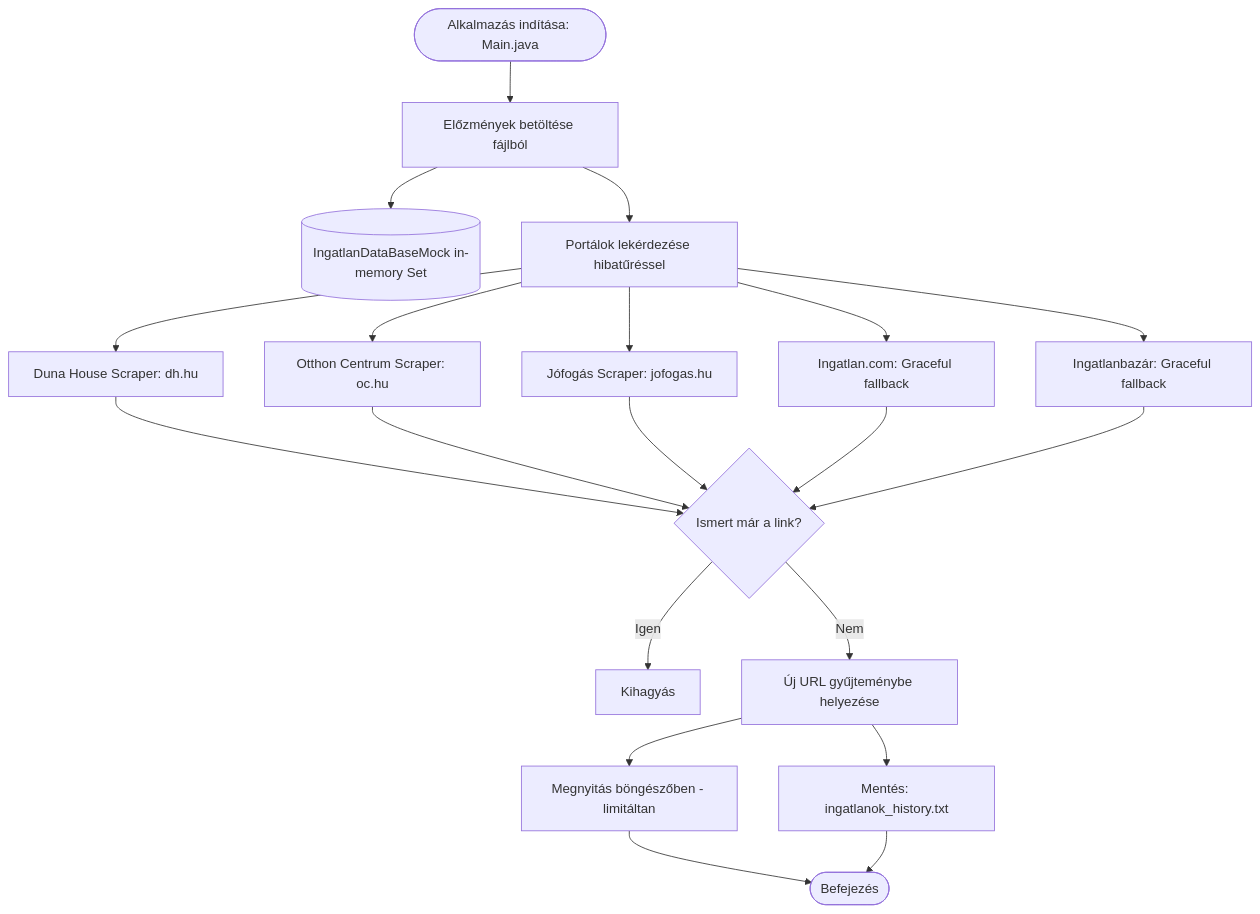
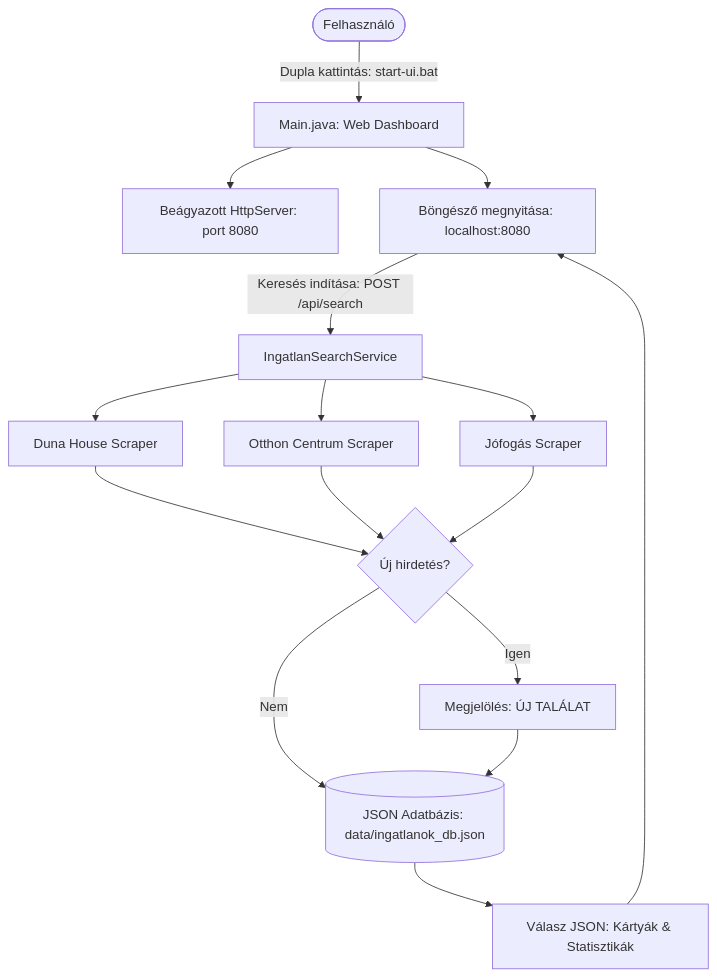
The diagram in README.md (Luxeonn/ingatlan-kereso), drawn with Mermaid before and after one commit. The commit also changed other lines of this file and 20 other files, not shown here.

Commit message:
feat: add modern web dashboard, REST API, JSON persistence, and 1-click startup

````diff
--- a/README.md
+++ b/README.md
@@ -55,20 +62,19 @@
 ```mermaid
 flowchart TD
-    Start([Alkalmazás indítása: Main.java]) --> InitDB[Előzmények betöltése fájlból]
-    InitDB --> MockDB[(IngatlanDataBaseMock in-memory Set)]
+    User([Felhasználó]) -->|Dupla kattintás: start-ui.bat| App[Main.java: Web Dashboard]
+    App --> Server[Beágyazott HttpServer: port 8080]
+    App --> Browser[Böngésző megnyitása: localhost:8080]
     
-    InitDB --> Scraping[Portálok lekérdezése hibatűréssel]
-    Scraping --> P1[Duna House Scraper: dh.hu]
-    Scraping --> P2[Otthon Centrum Scraper: oc.hu]
-    Scraping --> P3[Jófogás Scraper: jofogas.hu]
-    Scraping --> P4[Ingatlan.com: Graceful fallback]
-    Scraping --> P5[Ingatlanbazár: Graceful fallback]
+    Browser -->|Keresés indítása: POST /api/search| SearchService[IngatlanSearchService]
+    SearchService --> P1[Duna House Scraper]
+    SearchService --> P2[Otthon Centrum Scraper]
+    SearchService --> P3[Jófogás Scraper]
     
-    P1 & P2 & P3 & P4 & P5 --> Filter{Ismert már a link?}
-    Filter -- Igen --> Skip[Kihagyás]
-    Filter -- Nem --> Collect[Új URL gyűjteménybe helyezése]
+    P1 & P2 & P3 --> Dedup{Új hirdetés?}
+    Dedup -->|Nem| Archive[(JSON Adatbázis: data/ingatlanok_db.json)]
+    Dedup -->|Igen| FlagNew[Megjelölés: ÚJ TALÁLAT]
+    FlagNew --> Archive
     
-    Collect --> Open[Megnyitás böngészőben - limitáltan]
-    Collect --> Save[Mentés: ingatlanok_history.txt]
-    Open & Save --> Done([Befejezés])
+    Archive --> Response[Válasz JSON: Kártyák & Statisztikák]
+    Response --> Browser
 ```
````
